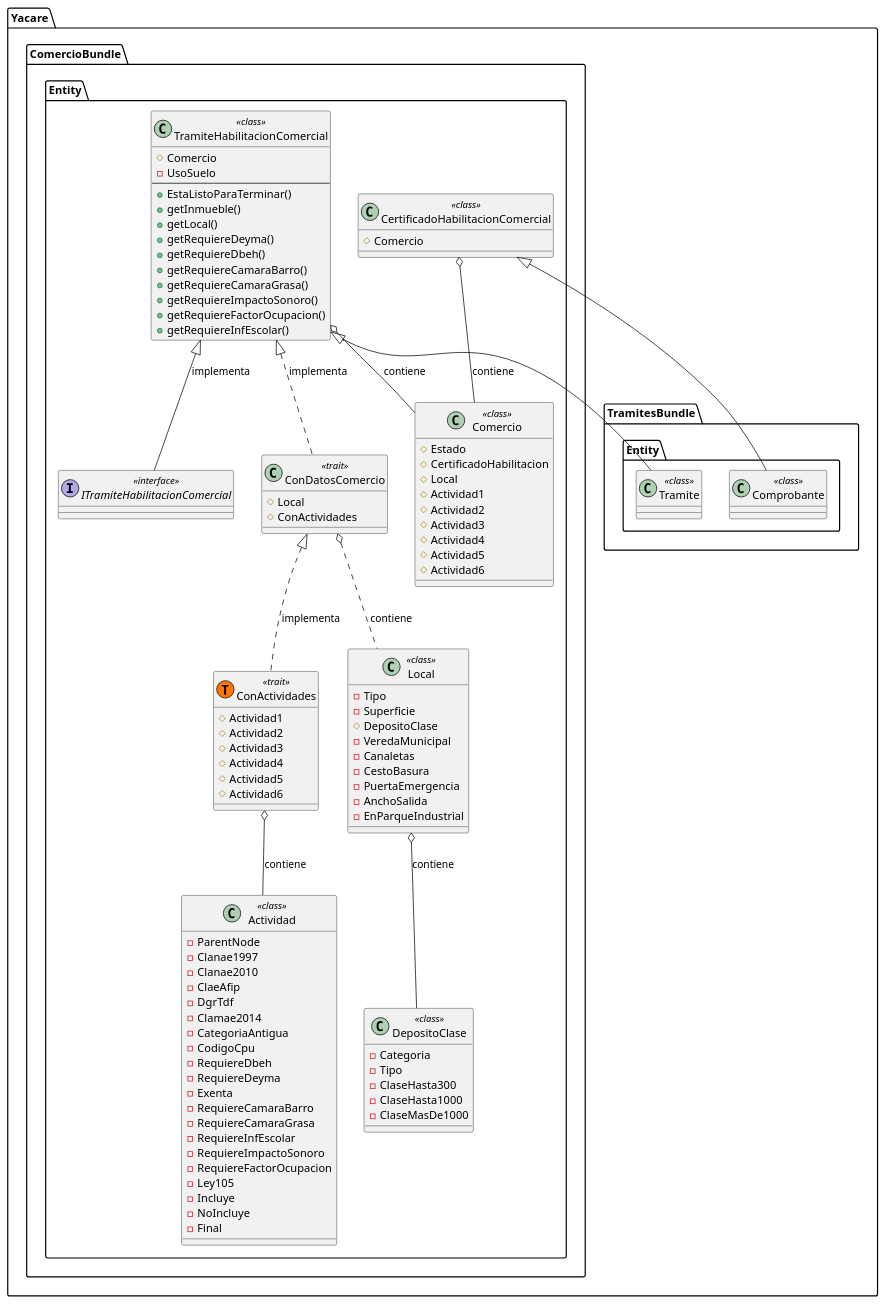
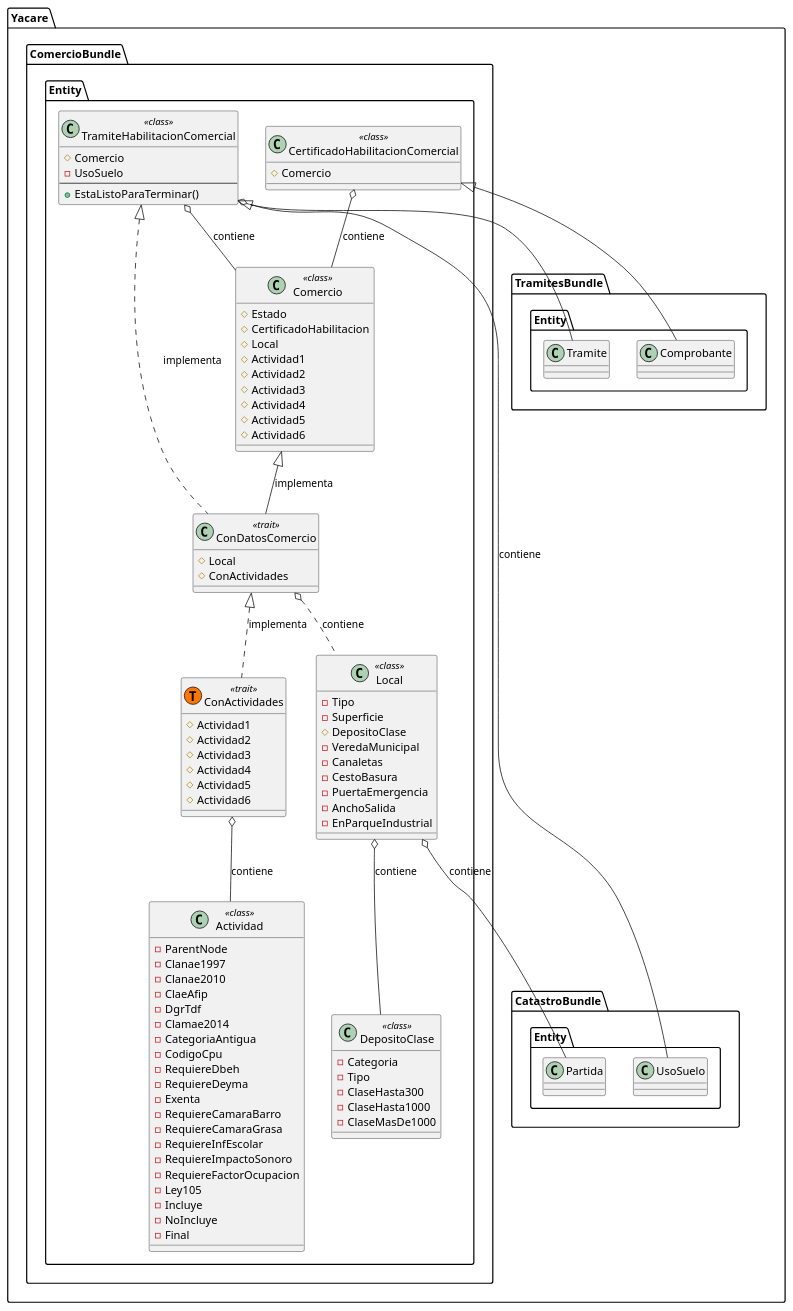
Before and after one commit to alediazrc/yacare: the diagram in docs/Clases/Comercio/Entidades.pu, drawn with PlantUML. The commit also changed 1 other file, not shown here.

```diff
--- a/docs/Clases/Comercio/Entidades.pu
+++ b/docs/Clases/Comercio/Entidades.pu
@@ -1,108 +1,94 @@
 @startuml
-namespace Yacare.TramitesBundle.Entity  {
-	class Tramite << class >> {
-	}
-	class Comprobante << class >> {
-	}
-}
 namespace Yacare.ComercioBundle.Entity  {
 	class ConActividades << (T,#FF7700) trait >> {
 		#Actividad1
 		#Actividad2
 		#Actividad3
 		#Actividad4
 		#Actividad5
 		#Actividad6
 	}
 	class ConDatosComercio << trait >> {
 		#Local
 		#ConActividades
 	}
-	interface ITramiteHabilitacionComercial << interface >> {
-	}
 	class TramiteHabilitacionComercial << class >> {
 		#Comercio
 		-UsoSuelo
 		--
 		+EstaListoParaTerminar()
-		+getInmueble()
-		+getLocal()
-		+getRequiereDeyma()
-		+getRequiereDbeh()
-		+getRequiereCamaraBarro()
-		+getRequiereCamaraGrasa()
-		+getRequiereImpactoSonoro()
-		+getRequiereFactorOcupacion()
-		+getRequiereInfEscolar()
 	}
 	class Actividad << class >> {
 		-ParentNode
 		-Clanae1997
 		-Clanae2010
 		-ClaeAfip
 		-DgrTdf
 		-Clamae2014
 		-CategoriaAntigua
 		-CodigoCpu
 		-RequiereDbeh
 		-RequiereDeyma
 		-Exenta
 		-RequiereCamaraBarro
 		-RequiereCamaraGrasa
 		-RequiereInfEscolar
 		-RequiereImpactoSonoro
 		-RequiereFactorOcupacion
 		-Ley105
 		-Incluye
 		-NoIncluye
 		-Final
 	}
 	class Local << class >> {
 		-Tipo
 		-Superficie
 		#DepositoClase
 		-VeredaMunicipal
 		-Canaletas
 		-CestoBasura
 		-PuertaEmergencia
 		-AnchoSalida
 		-EnParqueIndustrial
 	}
 	class CertificadoHabilitacionComercial << class >> {
 		#Comercio
 	}
 	class DepositoClase << class >> {
 		-Categoria
 		-Tipo
 		-ClaseHasta300
 		-ClaseHasta1000
 		-ClaseMasDe1000
 	}
 	class Comercio << class >> {
 		#Estado
 		#CertificadoHabilitacion
 		#Local
 		#Actividad1
 		#Actividad2
 		#Actividad3
 		#Actividad4
 		#Actividad5
 		#Actividad6
 	}
 	
+	Comercio <|-- ConDatosComercio : implementa
+	
 	ConDatosComercio <|.. ConActividades : implementa
 	ConDatosComercio o.. Local : contiene
 	
 	ConActividades o-- Actividad : contiene
 	
 	Local o-- DepositoClase : contiene
+	Local o-- Yacare.CatastroBundle.Entity.Partida : contiene
 	
-	TramiteHabilitacionComercial <|-- ITramiteHabilitacionComercial  : implementa
 	TramiteHabilitacionComercial <|-- Yacare.TramitesBundle.Entity.Tramite
 	TramiteHabilitacionComercial <|.. ConDatosComercio : implementa
+	TramiteHabilitacionComercial o-- Yacare.CatastroBundle.Entity.UsoSuelo : contiene
 	TramiteHabilitacionComercial o-- Comercio : contiene
 	
 	CertificadoHabilitacionComercial <|-- Yacare.TramitesBundle.Entity.Comprobante
 	CertificadoHabilitacionComercial o-- Comercio : contiene
 }
 @enduml
```
